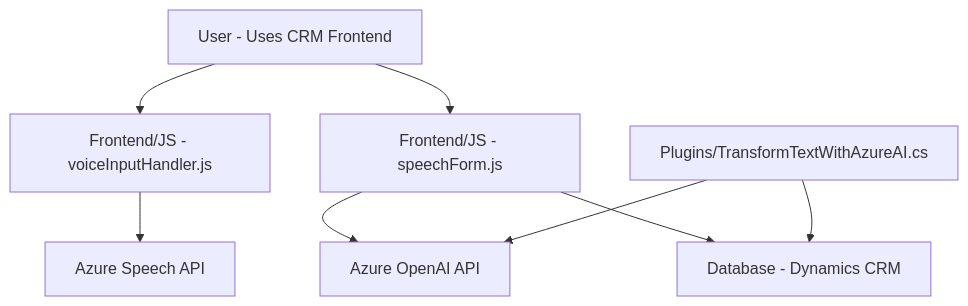
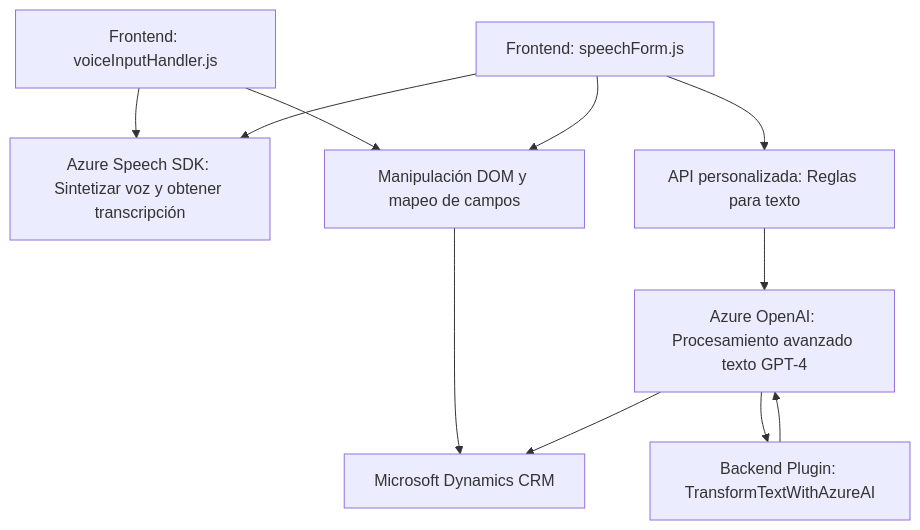
The diagram in README.md (blopezdm/NETCORE_BILBAO2025), drawn with Mermaid before and after one commit. The commit also changed other lines of this file, not shown here.

````diff
--- a/README.md
+++ b/README.md
@@ -38,18 +44,13 @@
 ```mermaid
 graph TD
-    A["User - Uses CRM Frontend"]
-    B["Frontend/JS - voiceInputHandler.js"]
-    C["Frontend/JS - speechForm.js"]
-    D["Plugins/TransformTextWithAzureAI.cs"]
-    E["Azure Speech API"]
-    F["Azure OpenAI API"]
-    G["Database - Dynamics CRM"]
-    
-    A --> B
-    A --> C
-    B --> E
-    C --> F
-    C --> G
-    D --> G
-    D --> F
+    A["Frontend: voiceInputHandler.js"] --> B["Azure Speech SDK: Sintetizar voz y obtener transcripción"]
+    A --> C["API CRM: Xrm.WebApi para atributos de formularios"]
+    D["Frontend: speechForm.js"] --> B
+    D --> C["Manipulación DOM y mapeo de campos"]
+    D --> E["API personalizada: Reglas para texto"]
+    E --> F["Azure OpenAI: Procesamiento avanzado texto GPT-4"]
+    F --> G["Backend Plugin: TransformTextWithAzureAI"]
+    G --> F
+    C --> H["Microsoft Dynamics CRM"]
+    F --> H
 ```
````
